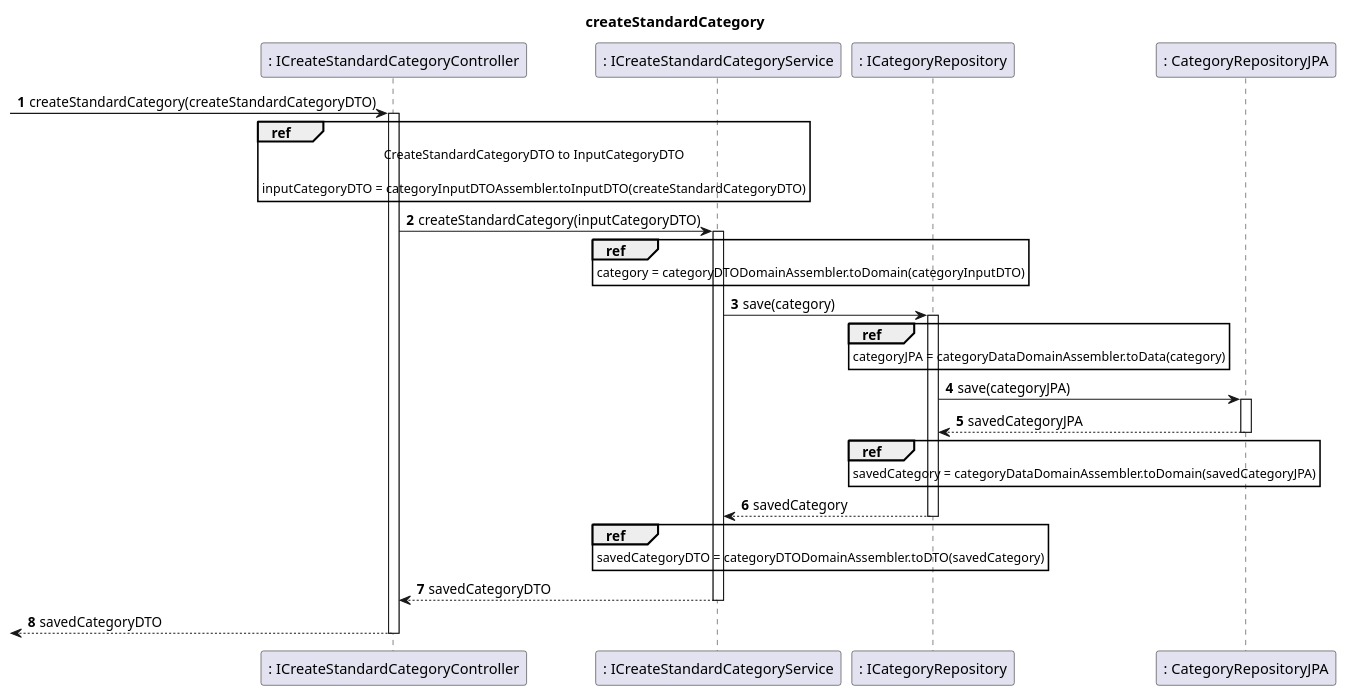
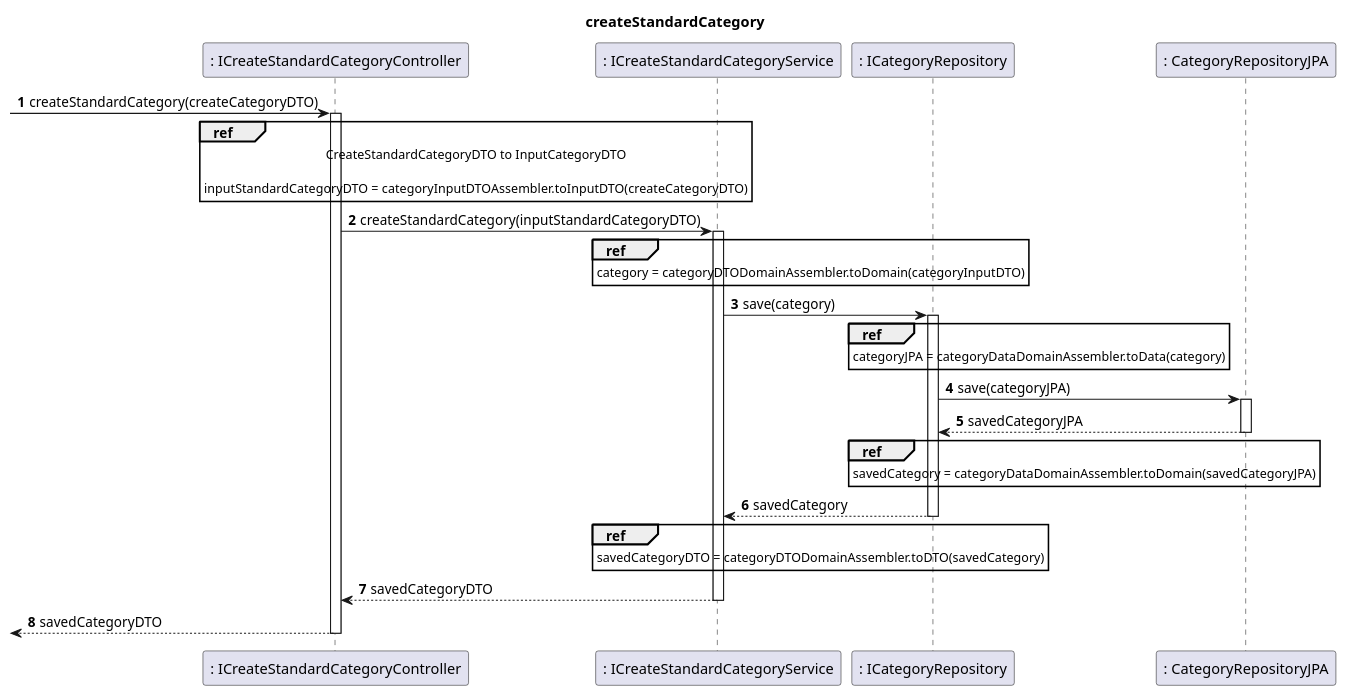
The second of 5 diagrams in docs/sprint5/user_stories/US001_CreateStandardCategory.md (tomas-osswald/switch_2020_g3), drawn with PlantUML before and after one commit. The commit also changed 25 other files, not shown here.

Commit message:
Add addCustomCategory method in FamilyRESTController. Refactor category input DTOs and assemblers.

`````diff
--- a/docs/sprint5/user_stories/US001_CreateStandardCategory.md
+++ b/docs/sprint5/user_stories/US001_CreateStandardCategory.md
@@ -60,52 +60,52 @@
 ```` puml
 
 autonumber
 title createStandardCategory
 participant ": ICreateStandardCategoryController" as controller
 participant ": ICreateStandardCategoryService" as catServ
 participant ": ICategoryRepository" as repo
 participant ": CategoryRepositoryJPA" as jpa
     
--> controller : createStandardCategory(createStandardCategoryDTO)
+-> controller : createStandardCategory(createCategoryDTO)
 activate controller
 
 ref over controller 
 CreateStandardCategoryDTO to InputCategoryDTO
 
-inputCategoryDTO = categoryInputDTOAssembler.toInputDTO(createStandardCategoryDTO)
+inputStandardCategoryDTO = categoryInputDTOAssembler.toInputDTO(createCategoryDTO)
 end
 
-controller -> catServ : createStandardCategory(inputCategoryDTO)
+controller -> catServ : createStandardCategory(inputStandardCategoryDTO)
 activate catServ
 
 ref over catServ
 category = categoryDTODomainAssembler.toDomain(categoryInputDTO)
 end
 
 catServ -> repo : save(category)
 activate repo
 
 ref over repo
 categoryJPA = categoryDataDomainAssembler.toData(category)
 end
 
 repo -> jpa : save(categoryJPA)
 activate jpa
 return savedCategoryJPA
 
 ref over repo
 savedCategory = categoryDataDomainAssembler.toDomain(savedCategoryJPA)
 end
 
 return savedCategory
 
 ref over catServ
 savedCategoryDTO = categoryDTODomainAssembler.toDTO(savedCategory)
 end
 
 return savedCategoryDTO
 
 return savedCategoryDTO
 
 @endpuml
 ````
`````
